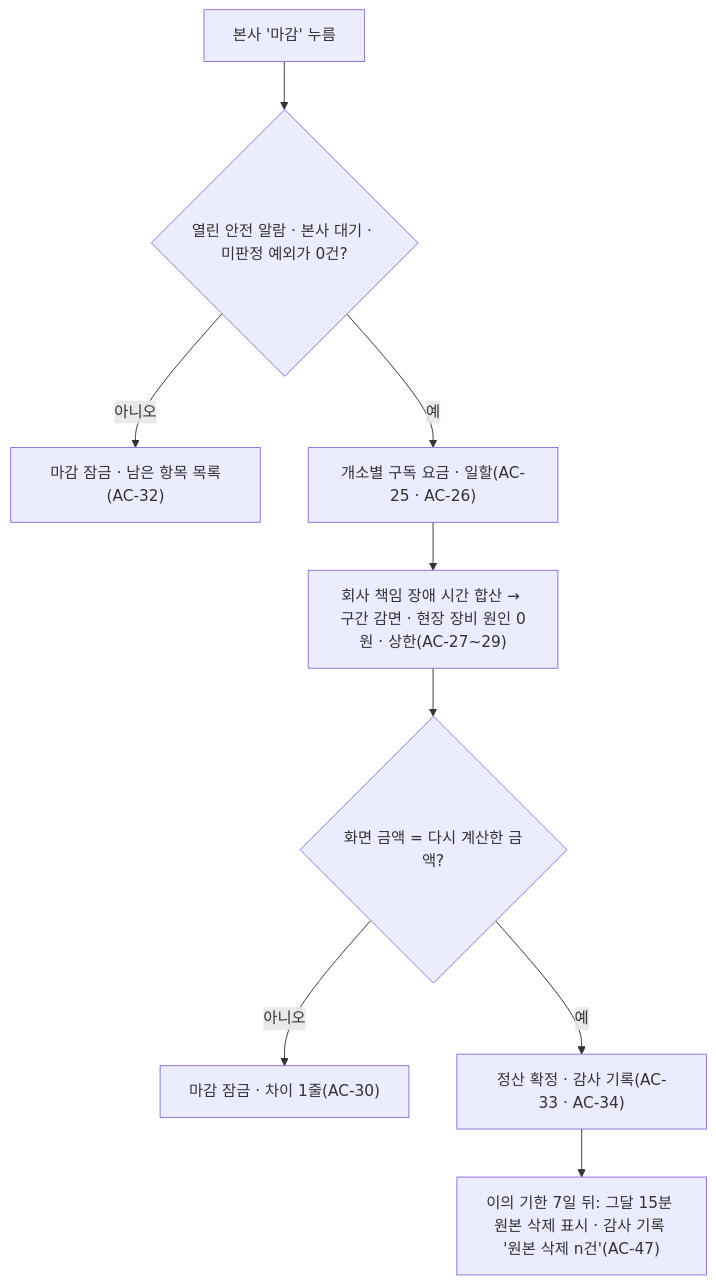
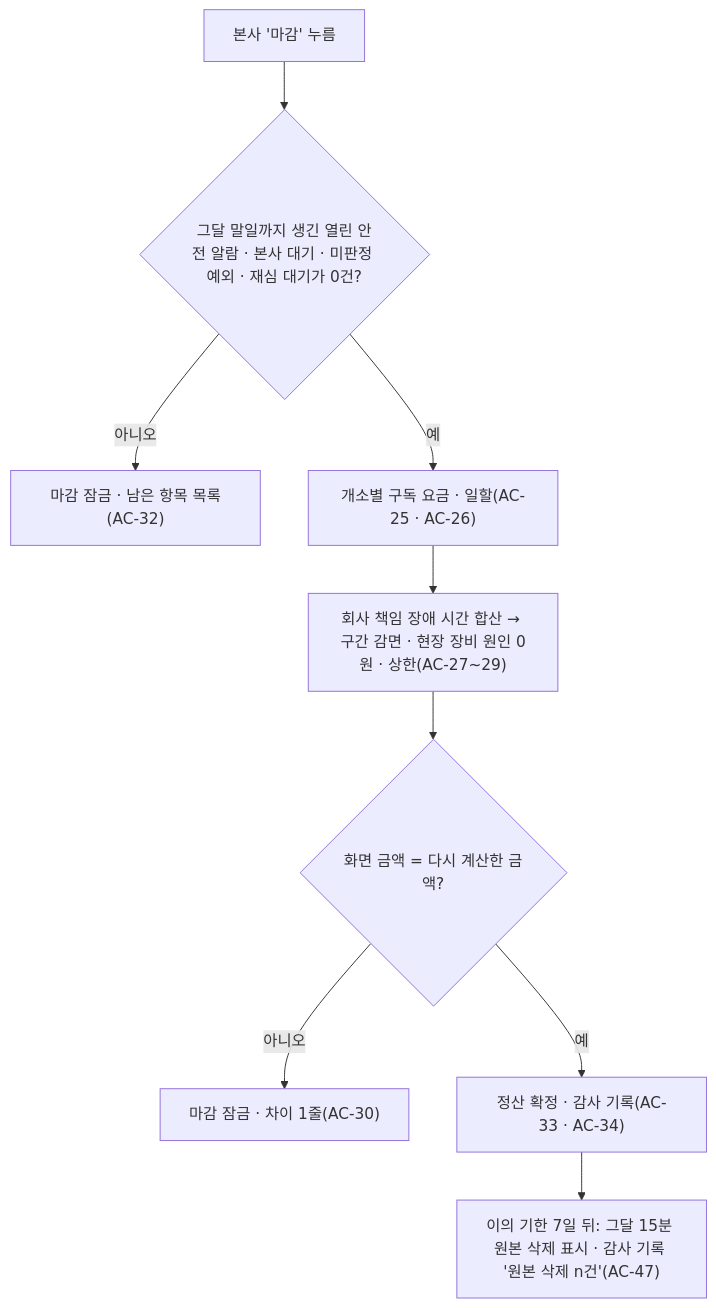
Before and after one commit to githubleejungah/zeb-energy-desk: the third of 4 diagrams in docs/flows.md, drawn with Mermaid. The commit also changed other lines of this file and 33 other files, not shown here.

````diff
--- a/docs/flows.md
+++ b/docs/flows.md
@@ -68,11 +80,11 @@
 ```mermaid
 flowchart TD
-  M["본사 '마감' 누름"] --> L{"열린 안전 알람 · 본사 대기 · 미판정 예외가 0건?"}
+  M["본사 '마감' 누름"] --> L{"그달 말일까지 생긴 열린 안전 알람 · 본사 대기 · 미판정 예외 · 재심 대기가 0건?"}
   L -->|아니오| X["마감 잠금 · 남은 항목 목록(AC-32)"]
   L -->|예| F["개소별 구독 요금 · 일할(AC-25 · AC-26)"]
   F --> O["회사 책임 장애 시간 합산 → 구간 감면 · 현장 장비 원인 0원 · 상한(AC-27~29)"]
   O --> V{"화면 금액 = 다시 계산한 금액?"}
   V -->|아니오| X2["마감 잠금 · 차이 1줄(AC-30)"]
   V -->|예| C["정산 확정 · 감사 기록(AC-33 · AC-34)"]
   C --> R["이의 기한 7일 뒤: 그달 15분 원본 삭제 표시 · 감사 기록 '원본 삭제 n건'(AC-47)"]
 ```
````
